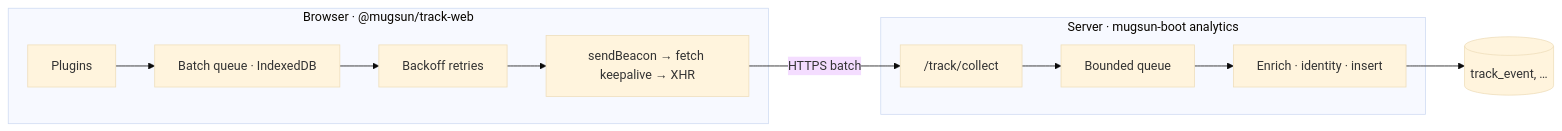
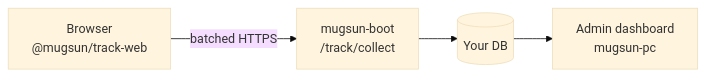
One commit to mugsun/mugsun-track changed the diagram in README_EN.md. Above: the diagram before and after it, drawn with Mermaid (base theme). The commit also changed other lines of this file and 1 other file, not shown here.

````diff
--- a/README_EN.md
+++ b/README_EN.md
@@ -29,18 +63,6 @@
 ```mermaid
 flowchart LR
-  subgraph browser["Browser · @mugsun/track-web"]
-    P["Plugins"]
-    Q["Batch queue · IndexedDB"]
-    R["Backoff retries"]
-    T["sendBeacon → fetch keepalive → XHR"]
-    P --> Q --> R --> T
-  end
-  subgraph server["Server · mugsun-boot analytics"]
-    I["/track/collect"]
-    B["Bounded queue"]
-    C["Enrich · identity · insert"]
-    I --> B --> C
-  end
-  T -->|HTTPS batch| I
-  C --> DB[("track_event, …")]
+  A["Browser<br/>@mugsun/track-web"] -->|batched HTTPS| B["mugsun-boot<br/>/track/collect"]
+  B --> C[("Your DB")]
+  C --> D["Admin dashboard<br/>mugsun-pc"]
 ```
````
